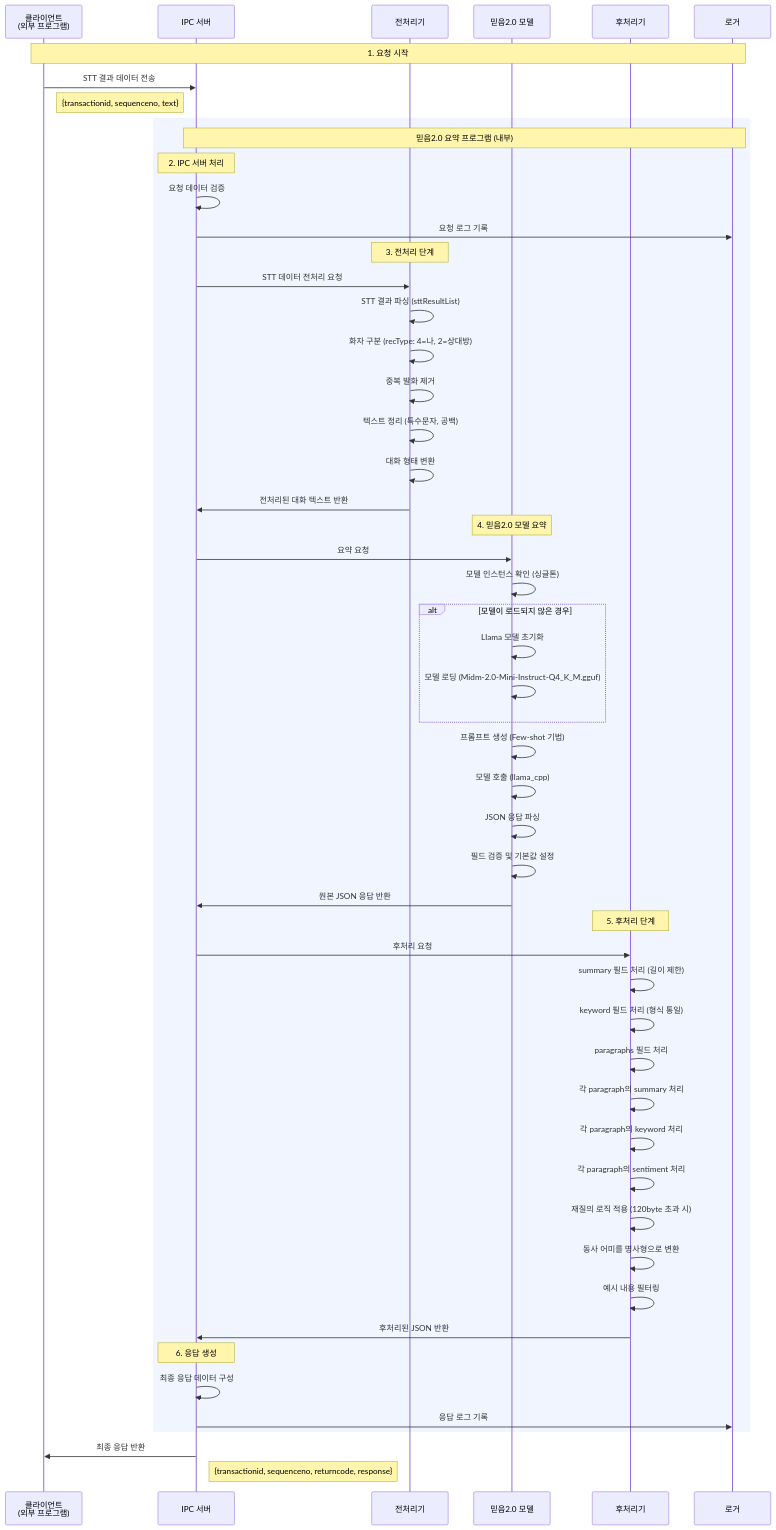
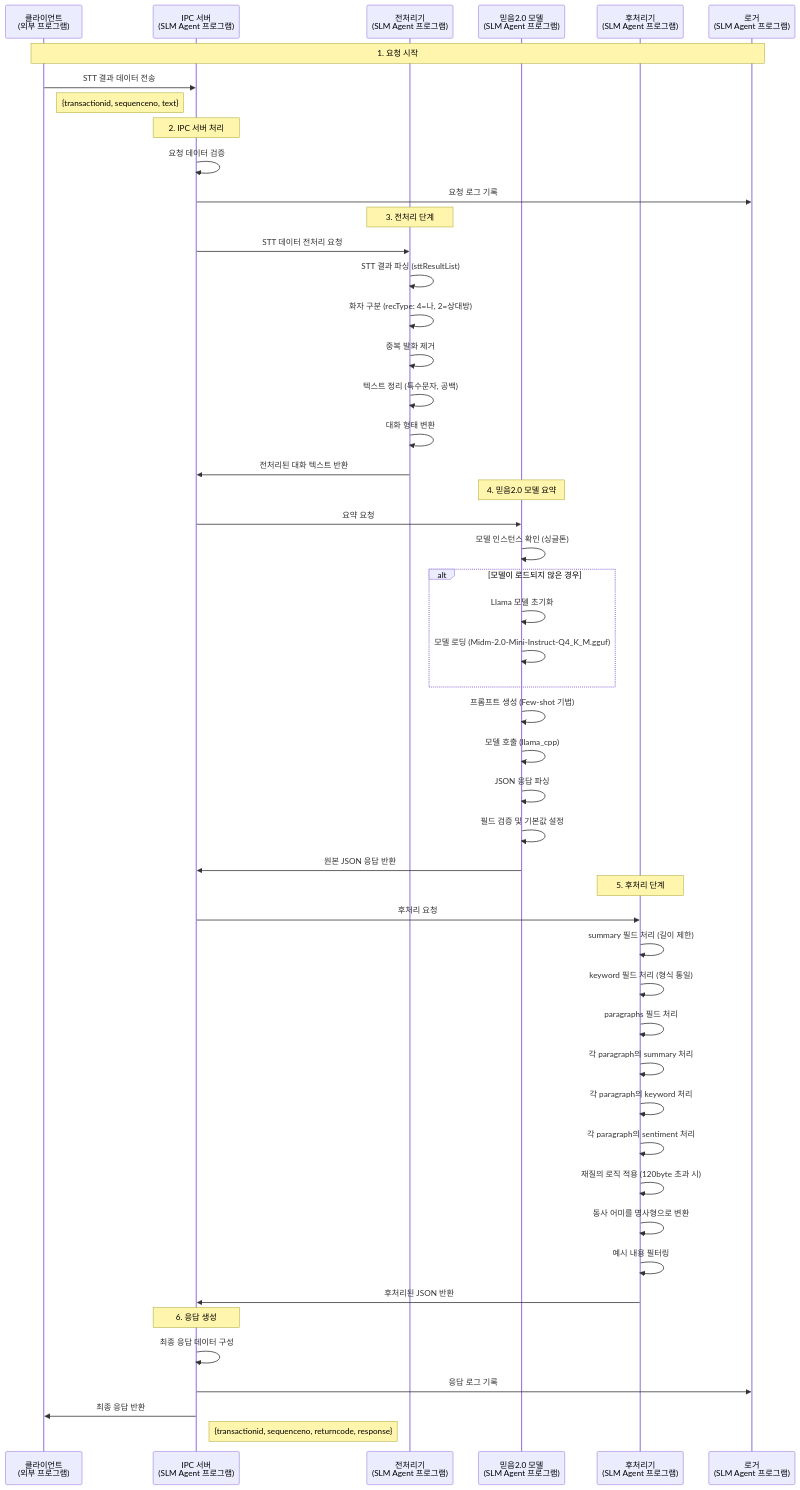
One commit to hak023/gemma-summarizer-poc changed the first of 5 diagrams in sequence_diagram.md. Above: the diagram before and after it, drawn with Mermaid. The commit also changed other lines of this file and 4 other files, not shown here.

First line of the commit message:
가독성 개선: rect 구문 제거 및 SLM Agent 프로그램 표기 적용

````diff
--- a/sequence_diagram.md
+++ b/sequence_diagram.md
@@ -5,62 +5,58 @@
 ```mermaid
 sequenceDiagram
     participant Client as 클라이언트<br/>(외부 프로그램)
-    
-    participant IPC as IPC 서버
-    participant Preprocessor as 전처리기
-    participant Gemma as 믿음2.0 모델
-    participant Postprocessor as 후처리기
-    participant Logger as 로거
+    participant IPC as IPC 서버<br/>(SLM Agent 프로그램)
+    participant Preprocessor as 전처리기<br/>(SLM Agent 프로그램)
+    participant Gemma as 믿음2.0 모델<br/>(SLM Agent 프로그램)
+    participant Postprocessor as 후처리기<br/>(SLM Agent 프로그램)
+    participant Logger as 로거<br/>(SLM Agent 프로그램)
 
     Note over Client,Logger: 1. 요청 시작
     Client->>IPC: STT 결과 데이터 전송
     Note right of Client: {transactionid, sequenceno, text}
     
-    rect rgb(240, 245, 255)
-        Note over IPC,Logger: 믿음2.0 요약 프로그램 (내부)
-        Note over IPC: 2. IPC 서버 처리
-        IPC->>IPC: 요청 데이터 검증
-        IPC->>Logger: 요청 로그 기록
-        
-        Note over Preprocessor: 3. 전처리 단계
-        IPC->>Preprocessor: STT 데이터 전처리 요청
-        Preprocessor->>Preprocessor: STT 결과 파싱 (sttResultList)
-        Preprocessor->>Preprocessor: 화자 구분 (recType: 4=나, 2=상대방)
-        Preprocessor->>Preprocessor: 중복 발화 제거
-        Preprocessor->>Preprocessor: 텍스트 정리 (특수문자, 공백)
-        Preprocessor->>Preprocessor: 대화 형태 변환
-        Preprocessor->>IPC: 전처리된 대화 텍스트 반환
-        
-        Note over Gemma: 4. 믿음2.0 모델 요약
-        IPC->>Gemma: 요약 요청
-        Gemma->>Gemma: 모델 인스턴스 확인 (싱글톤)
-        alt 모델이 로드되지 않은 경우
-            Gemma->>Gemma: Llama 모델 초기화
-            Gemma->>Gemma: 모델 로딩 (Midm-2.0-Mini-Instruct-Q4_K_M.gguf)
-        end
-        Gemma->>Gemma: 프롬프트 생성 (Few-shot 기법)
-        Gemma->>Gemma: 모델 호출 (llama_cpp)
-        Gemma->>Gemma: JSON 응답 파싱
-        Gemma->>Gemma: 필드 검증 및 기본값 설정
-        Gemma->>IPC: 원본 JSON 응답 반환
-        
-        Note over Postprocessor: 5. 후처리 단계
-        IPC->>Postprocessor: 후처리 요청
-        Postprocessor->>Postprocessor: summary 필드 처리 (길이 제한)
-        Postprocessor->>Postprocessor: keyword 필드 처리 (형식 통일)
-        Postprocessor->>Postprocessor: paragraphs 필드 처리
-        Postprocessor->>Postprocessor: 각 paragraph의 summary 처리
-        Postprocessor->>Postprocessor: 각 paragraph의 keyword 처리
-        Postprocessor->>Postprocessor: 각 paragraph의 sentiment 처리
-        Postprocessor->>Postprocessor: 재질의 로직 적용 (120byte 초과 시)
-        Postprocessor->>Postprocessor: 동사 어미를 명사형으로 변환
-        Postprocessor->>Postprocessor: 예시 내용 필터링
-        Postprocessor->>IPC: 후처리된 JSON 반환
-        
-        Note over IPC: 6. 응답 생성
-        IPC->>IPC: 최종 응답 데이터 구성
-        IPC->>Logger: 응답 로그 기록
+    Note over IPC: 2. IPC 서버 처리
+    IPC->>IPC: 요청 데이터 검증
+    IPC->>Logger: 요청 로그 기록
+    
+    Note over Preprocessor: 3. 전처리 단계
+    IPC->>Preprocessor: STT 데이터 전처리 요청
+    Preprocessor->>Preprocessor: STT 결과 파싱 (sttResultList)
+    Preprocessor->>Preprocessor: 화자 구분 (recType: 4=나, 2=상대방)
+    Preprocessor->>Preprocessor: 중복 발화 제거
+    Preprocessor->>Preprocessor: 텍스트 정리 (특수문자, 공백)
+    Preprocessor->>Preprocessor: 대화 형태 변환
+    Preprocessor->>IPC: 전처리된 대화 텍스트 반환
+    
+    Note over Gemma: 4. 믿음2.0 모델 요약
+    IPC->>Gemma: 요약 요청
+    Gemma->>Gemma: 모델 인스턴스 확인 (싱글톤)
+    alt 모델이 로드되지 않은 경우
+        Gemma->>Gemma: Llama 모델 초기화
+        Gemma->>Gemma: 모델 로딩 (Midm-2.0-Mini-Instruct-Q4_K_M.gguf)
     end
+    Gemma->>Gemma: 프롬프트 생성 (Few-shot 기법)
+    Gemma->>Gemma: 모델 호출 (llama_cpp)
+    Gemma->>Gemma: JSON 응답 파싱
+    Gemma->>Gemma: 필드 검증 및 기본값 설정
+    Gemma->>IPC: 원본 JSON 응답 반환
+    
+    Note over Postprocessor: 5. 후처리 단계
+    IPC->>Postprocessor: 후처리 요청
+    Postprocessor->>Postprocessor: summary 필드 처리 (길이 제한)
+    Postprocessor->>Postprocessor: keyword 필드 처리 (형식 통일)
+    Postprocessor->>Postprocessor: paragraphs 필드 처리
+    Postprocessor->>Postprocessor: 각 paragraph의 summary 처리
+    Postprocessor->>Postprocessor: 각 paragraph의 keyword 처리
+    Postprocessor->>Postprocessor: 각 paragraph의 sentiment 처리
+    Postprocessor->>Postprocessor: 재질의 로직 적용 (120byte 초과 시)
+    Postprocessor->>Postprocessor: 동사 어미를 명사형으로 변환
+    Postprocessor->>Postprocessor: 예시 내용 필터링
+    Postprocessor->>IPC: 후처리된 JSON 반환
+    
+    Note over IPC: 6. 응답 생성
+    IPC->>IPC: 최종 응답 데이터 구성
+    IPC->>Logger: 응답 로그 기록
     IPC->>Client: 최종 응답 반환
     Note right of IPC: {transactionid, sequenceno, returncode, response}
 ```
````
